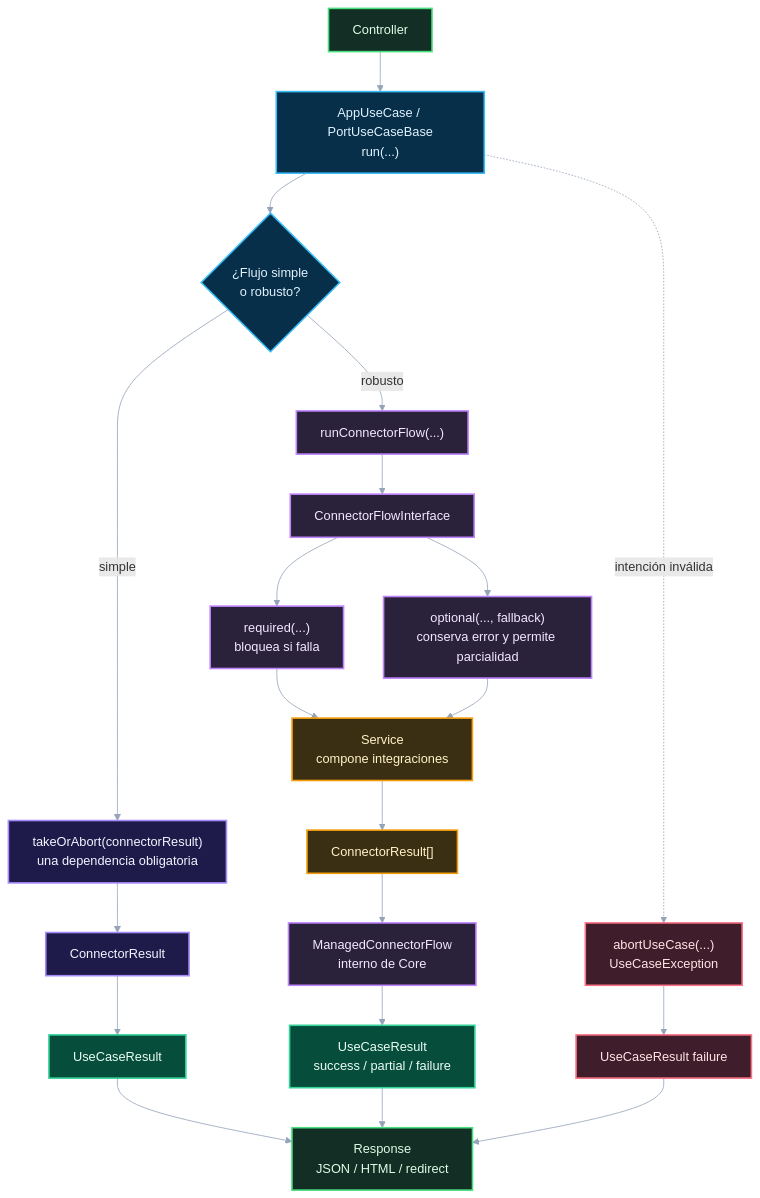
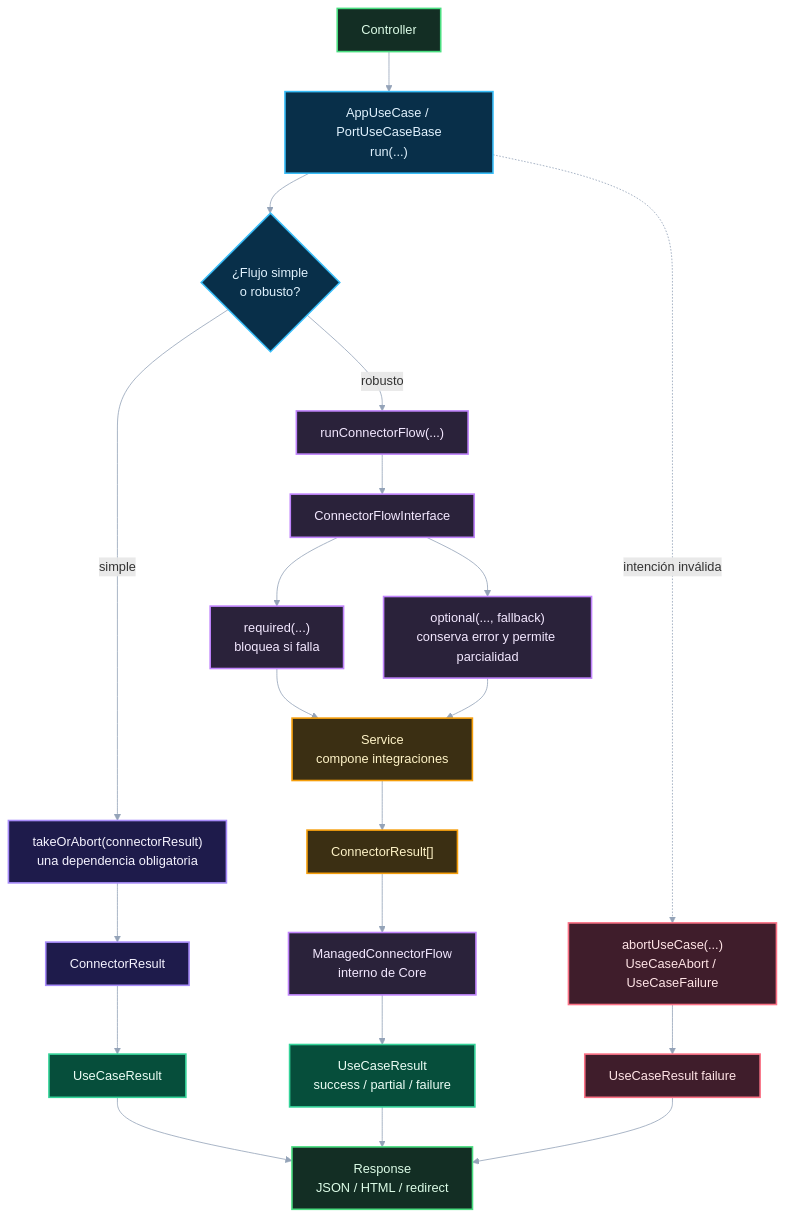
One commit to miniannaGO/guide-uTJ4JegjDi85LN2NirQ59f08Qu0xhf-w3b-pl4tf0rm-c0r3 changed the diagram in diagrams/gateway/03-usecases-results-errors.md. Above: the diagram before and after it, drawn with Mermaid. The commit also changed other lines of this file and 61 other files, not shown here.

````diff
--- a/diagrams/gateway/03-usecases-results-errors.md
+++ b/diagrams/gateway/03-usecases-results-errors.md
@@ -5,44 +5,44 @@
 ```mermaid
 %%{init: {"theme": "Redux Dark", "themeVariables": {"background": "#0B1020", "primaryColor": "#172033", "primaryTextColor": "#F8FAFC", "primaryBorderColor": "#38BDF8", "lineColor": "#94A3B8", "clusterBkg": "#111827", "clusterBorder": "#475569", "fontFamily": "Inter, Segoe UI, Arial"}}}%%
 flowchart TB
   Controller["Controller"] --> UseCase["AppUseCase / PortUseCaseBase<br/>run(...)"]
 
   UseCase --> Decision{"¿Flujo simple<br/>o robusto?"}
 
   Decision -->|"simple"| TakeOrAbort["takeOrAbort(connectorResult)<br/>una dependencia obligatoria"]
   TakeOrAbort --> SimpleConnector["ConnectorResult"]
   SimpleConnector --> UseCaseResultA["UseCaseResult"]
 
   Decision -->|"robusto"| RunFlow["runConnectorFlow(...)"]
   RunFlow --> Flow["ConnectorFlowInterface"]
   Flow --> Required["required(...)<br/>bloquea si falla"]
   Flow --> Optional["optional(..., fallback)<br/>conserva error y permite parcialidad"]
   Required --> Service["Service<br/>compone integraciones"]
   Optional --> Service
   Service --> ConnectorResults["ConnectorResult[]"]
   ConnectorResults --> ManagedFlow["ManagedConnectorFlow<br/>interno de Core"]
   ManagedFlow --> UseCaseResultB["UseCaseResult<br/>success / partial / failure"]
 
-  UseCase -. "intención inválida" .-> AbortUseCase["abortUseCase(...)<br/>UseCaseException"]
+  UseCase -. "intención inválida" .-> AbortUseCase["abortUseCase(...)<br/>UseCaseAbort / UseCaseFailure"]
   AbortUseCase --> UseCaseResultError["UseCaseResult failure"]
 
   UseCaseResultA --> ResponseAdapter["Response<br/>JSON / HTML / redirect"]
   UseCaseResultB --> ResponseAdapter
   UseCaseResultError --> ResponseAdapter
 
   classDef controller fill:#132E24,stroke:#4ADE80,stroke-width:2px,color:#DCFCE7;
   classDef usecase fill:#082F49,stroke:#38BDF8,stroke-width:2px,color:#E0F2FE;
   classDef simple fill:#1E1B4B,stroke:#A78BFA,stroke-width:2px,color:#F5F3FF;
   classDef robust fill:#2A223A,stroke:#C084FC,stroke-width:2px,color:#F3E8FF;
   classDef connector fill:#3B2F13,stroke:#F59E0B,stroke-width:2px,color:#FEF3C7;
   classDef result fill:#064E3B,stroke:#34D399,stroke-width:2px,color:#ECFDF5;
   classDef error fill:#3F1D2B,stroke:#FB7185,stroke-width:2px,color:#FFE4E6;
 
   class Controller,ResponseAdapter controller;
   class UseCase,Decision usecase;
   class TakeOrAbort,SimpleConnector simple;
   class RunFlow,Flow,Required,Optional,ManagedFlow robust;
   class Service,ConnectorResults connector;
   class UseCaseResultA,UseCaseResultB result;
   class AbortUseCase,UseCaseResultError error;
 ```
````
